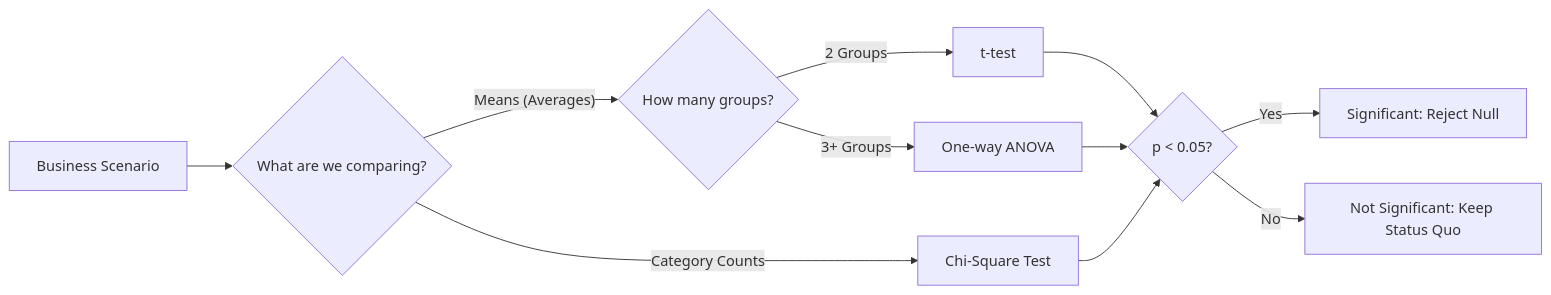
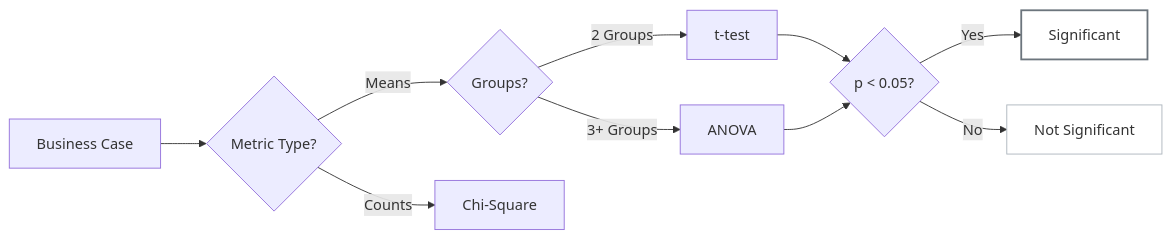
Before and after one commit to susanavenda/data_cambridge: the fourth of 11 diagrams in README.md, drawn with Mermaid. The commit also changed other lines of this file, not shown here.

````diff
--- a/README.md
+++ b/README.md
@@ -141,14 +77,15 @@
 ```mermaid
 graph LR
-    Start[Business Scenario] --> Q1{What are we comparing?}
-    Q1 -- "Means (Averages)" --> Q2{How many groups?}
-    Q1 -- "Category Counts" --> Chi[Chi-Square Test]
+    Scenario[Business Case] --> Q1{Metric Type?}
+    Q1 -- "Means" --> Q2{Groups?}
+    Q1 -- "Counts" --> Chi[Chi-Square]
     Q2 -- "2 Groups" --> T[t-test]
-    Q2 -- "3+ Groups" --> ANOVA[One-way ANOVA]
+    Q2 -- "3+ Groups" --> ANOVA[ANOVA]
     T --> P{p < 0.05?}
     ANOVA --> P
-    Chi --> P
-    P -- Yes --> Res1[Significant: Reject Null]
-    P -- No --> Res2[Not Significant: Keep Status Quo]
+    P -- Yes --> Res1[Significant]
+    P -- No --> Res2[Not Significant]
+    style Res1 fill:#ffffff,stroke:#6c757d,stroke-width:2px
+    style Res2 fill:#ffffff,stroke:#adb5bd
 
 ```
````
